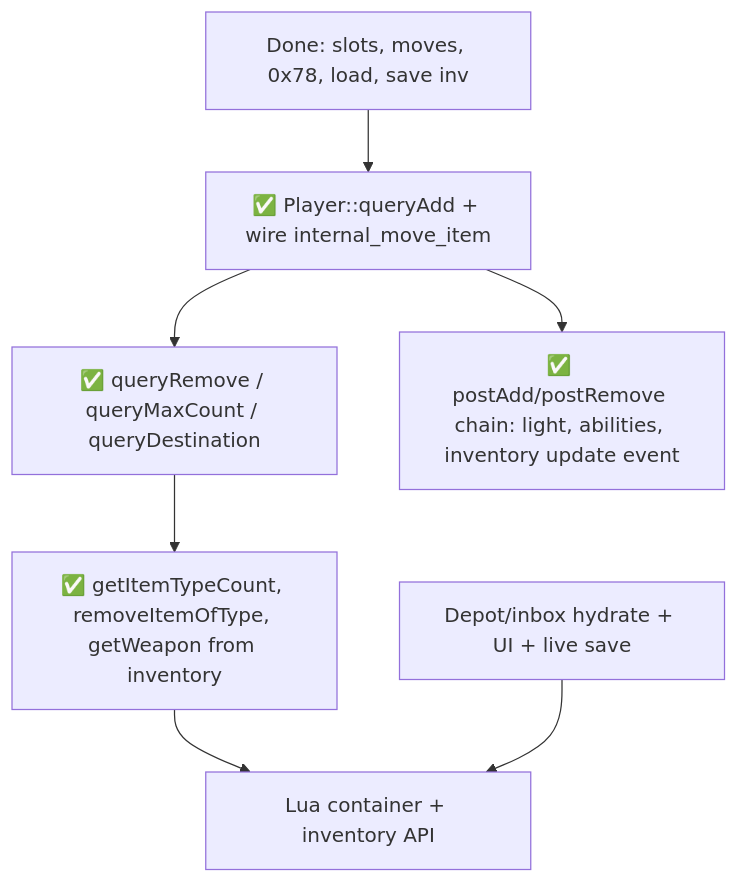
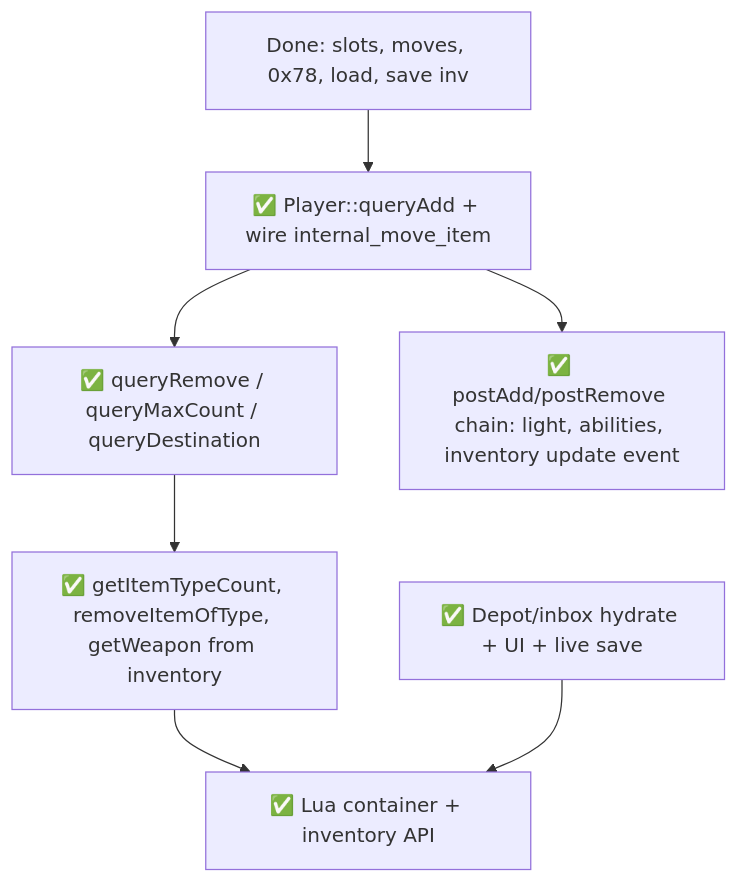
One commit to Tezoze/TFS-RUST changed the diagram in docs/INVENTORY_STATUS.md. Above: the diagram before and after it, drawn with Mermaid. The commit also changed other lines of this file and 32 other files, not shown here.

First line of the commit message:
feat(core): P5 Lua inventory API, ladder use, and floor-change light fixes.

````diff
--- a/docs/INVENTORY_STATUS.md
+++ b/docs/INVENTORY_STATUS.md
@@ -253,16 +231,16 @@
 ```mermaid
 flowchart TD
     done[Done: slots, moves, 0x78, load, save inv]
     p0[✅ Player::queryAdd + wire internal_move_item]
     p1[✅ queryRemove / queryMaxCount / queryDestination]
     p2[✅ postAdd/postRemove chain: light, abilities, inventory update event]
     p3[✅ getItemTypeCount, removeItemOfType, getWeapon from inventory]
-    p4[Depot/inbox hydrate + UI + live save]
-    p5[Lua container + inventory API]
+    p4[✅ Depot/inbox hydrate + UI + live save]
+    p5[✅ Lua container + inventory API]
     done --> p0
     p0 --> p1
     p0 --> p2
     p1 --> p3
     p3 --> p5
     p4 --> p5
 ```
````
